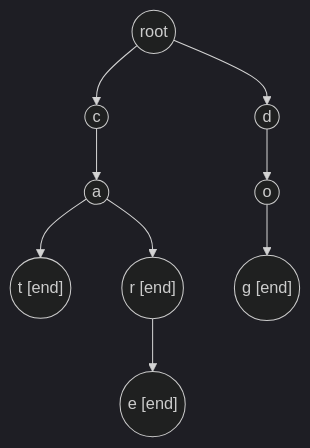
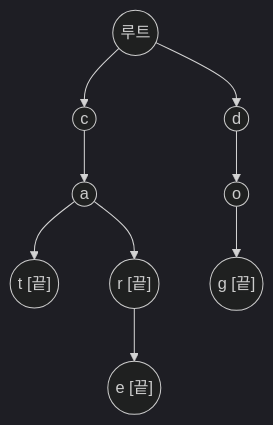
The second of 2 diagrams in _posts/algorithm/2026-03-07-trie.md (mandoobox/mandoobox.github.io), drawn with Mermaid (dark theme) before and after one commit. The commit also changed other lines of this file and 24 other files, not shown here.

Commit message:
feat: mermaid kr

````diff
--- a/_posts/algorithm/2026-03-07-trie.md
+++ b/_posts/algorithm/2026-03-07-trie.md
@@ -249,12 +249,12 @@
 ```mermaid
 graph TD
-    root((root))
+    root(("루트"))
     root --> c((c))
     root --> d((d))
     c --> a((a))
-    a --> t(("t [end]"))
-    a --> r(("r [end]"))
-    r --> e(("e [end]"))
+    a --> t(("t [끝]"))
+    a --> r(("r [끝]"))
+    r --> e(("e [끝]"))
     d --> o((o))
-    o --> g(("g [end]"))
+    o --> g(("g [끝]"))
 ```
````
